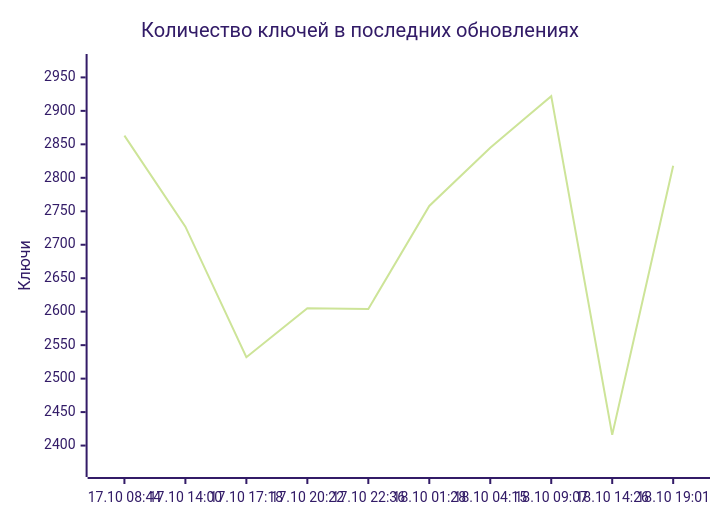
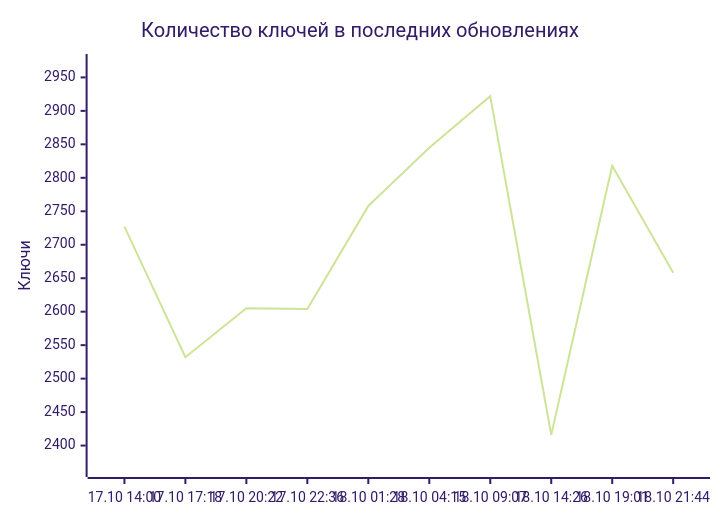
One commit to markKikhtenko/WireVeil changed the diagram in README.md. Above: the diagram before and after it, drawn with Mermaid (forest theme). The commit also changed other lines of this file and 13 other files, not shown here.

````diff
--- a/README.md
+++ b/README.md
@@ -55,7 +55,7 @@
 ```mermaid
 xychart-beta
     title "Количество ключей в последних обновлениях"
-    x-axis ["17.10 08:44", "17.10 14:00", "17.10 17:18", "17.10 20:22", "17.10 22:36", "18.10 01:28", "18.10 04:15", "18.10 09:07", "18.10 14:26", "18.10 19:01"]
+    x-axis ["17.10 14:00", "17.10 17:18", "17.10 20:22", "17.10 22:36", "18.10 01:28", "18.10 04:15", "18.10 09:07", "18.10 14:26", "18.10 19:01", "18.10 21:44"]
     y-axis "Ключи" 2365 --> 2973
-    line [2863, 2727, 2532, 2605, 2604, 2758, 2845, 2922, 2416, 2818]
+    line [2727, 2532, 2605, 2604, 2758, 2845, 2922, 2416, 2818, 2658]
 ```
````
